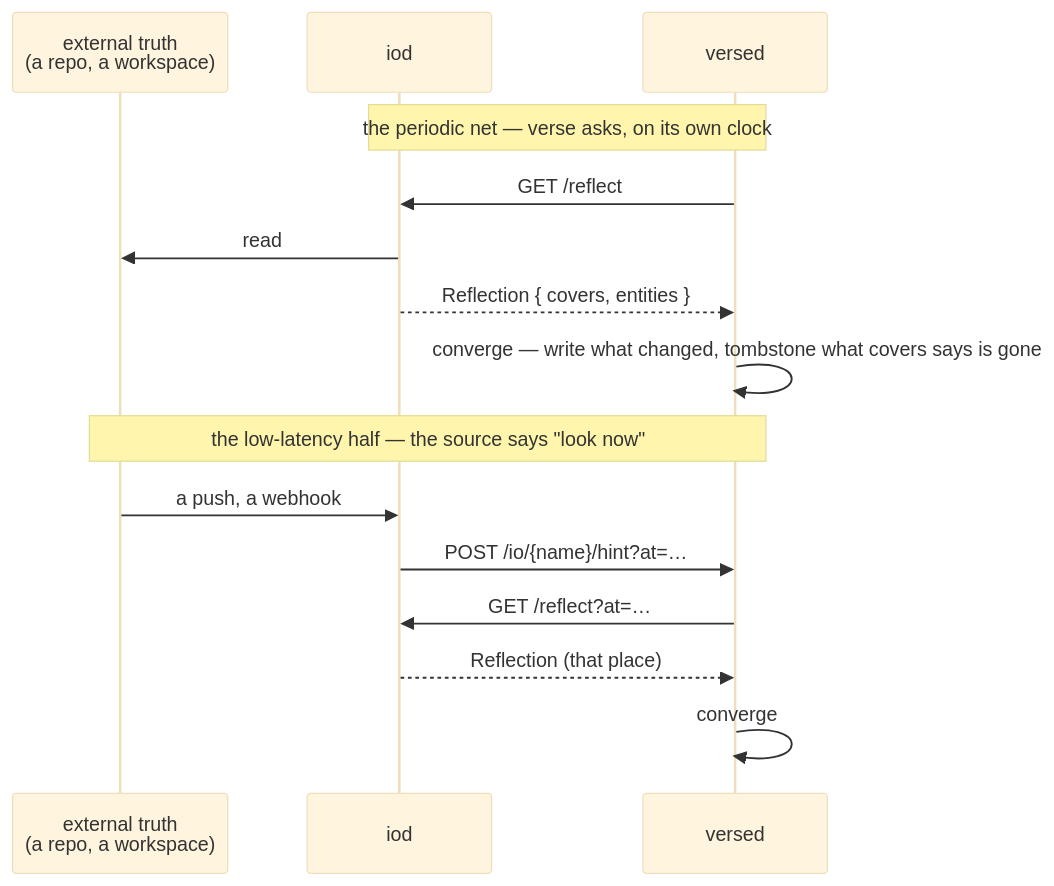
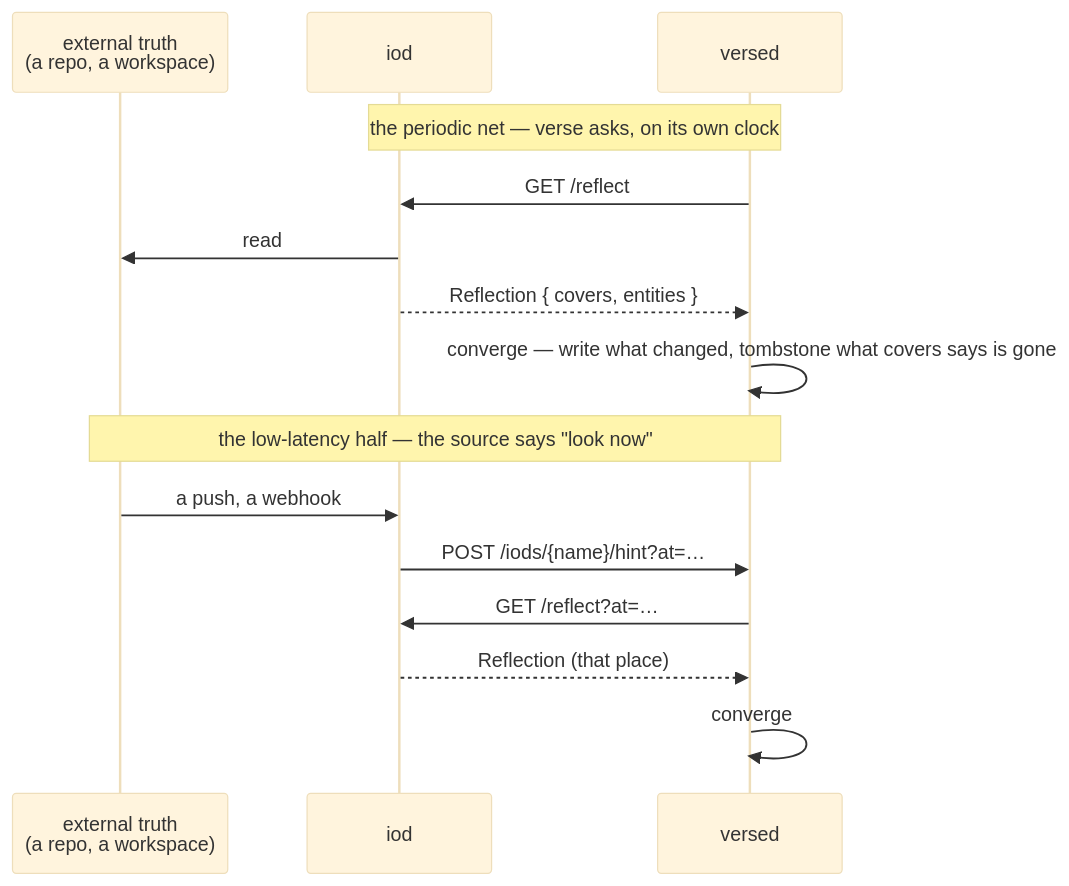
The third of 3 diagrams in docs/seams.md (signadot/viff), drawn with Mermaid (base theme) before and after one commit. The commit also changed other lines of this file and 52 other files, not shown here.

````diff
--- a/docs/seams.md
+++ b/docs/seams.md
@@ -171,19 +171,19 @@
 ```mermaid
 sequenceDiagram
   participant X as external truth<br/>(a repo, a workspace)
   participant Src as iod
   participant V as versed
 
   Note over V,Src: the periodic net — verse asks, on its own clock
   V->>Src: GET /reflect
   Src->>X: read
   Src-->>V: Reflection { covers, entities }
   V->>V: converge — write what changed, tombstone what covers says is gone
 
   Note over X,V: the low-latency half — the source says "look now"
   X->>Src: a push, a webhook
-  Src->>V: POST /io/{name}/hint?at=…
+  Src->>V: POST /iods/{name}/hint?at=…
   V->>Src: GET /reflect?at=…
   Src-->>V: Reflection (that place)
   V->>V: converge
 ```
````
